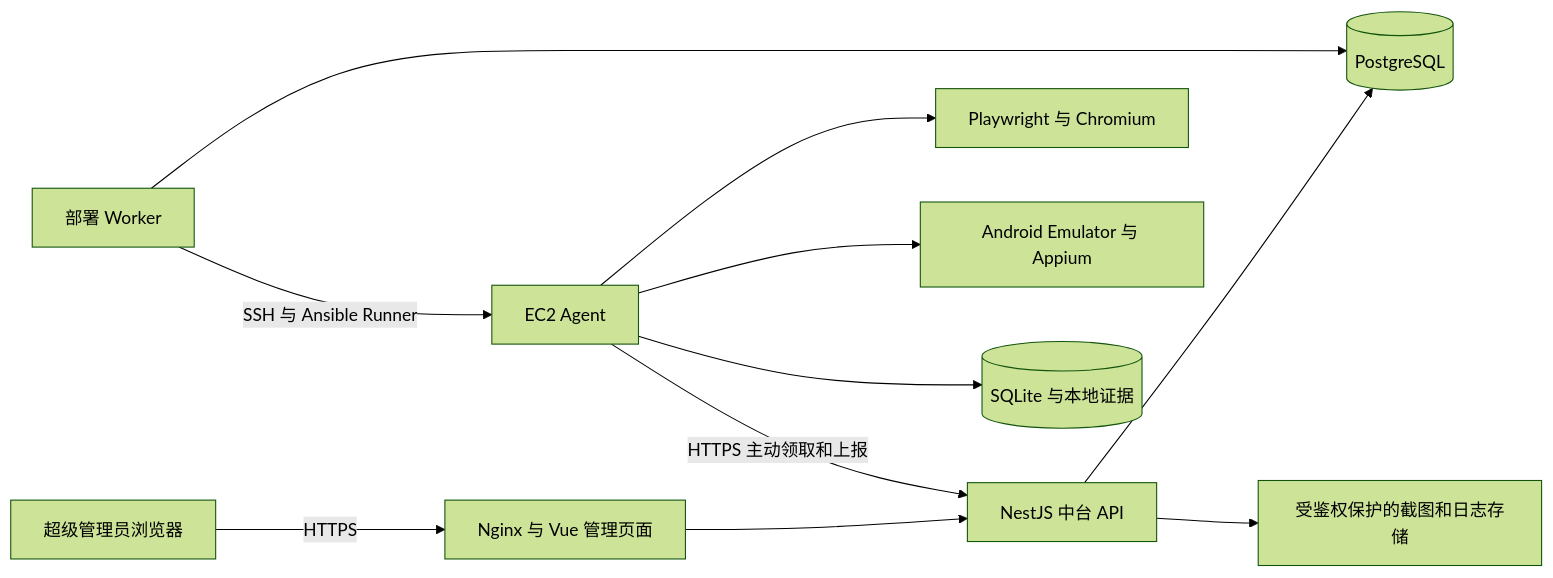
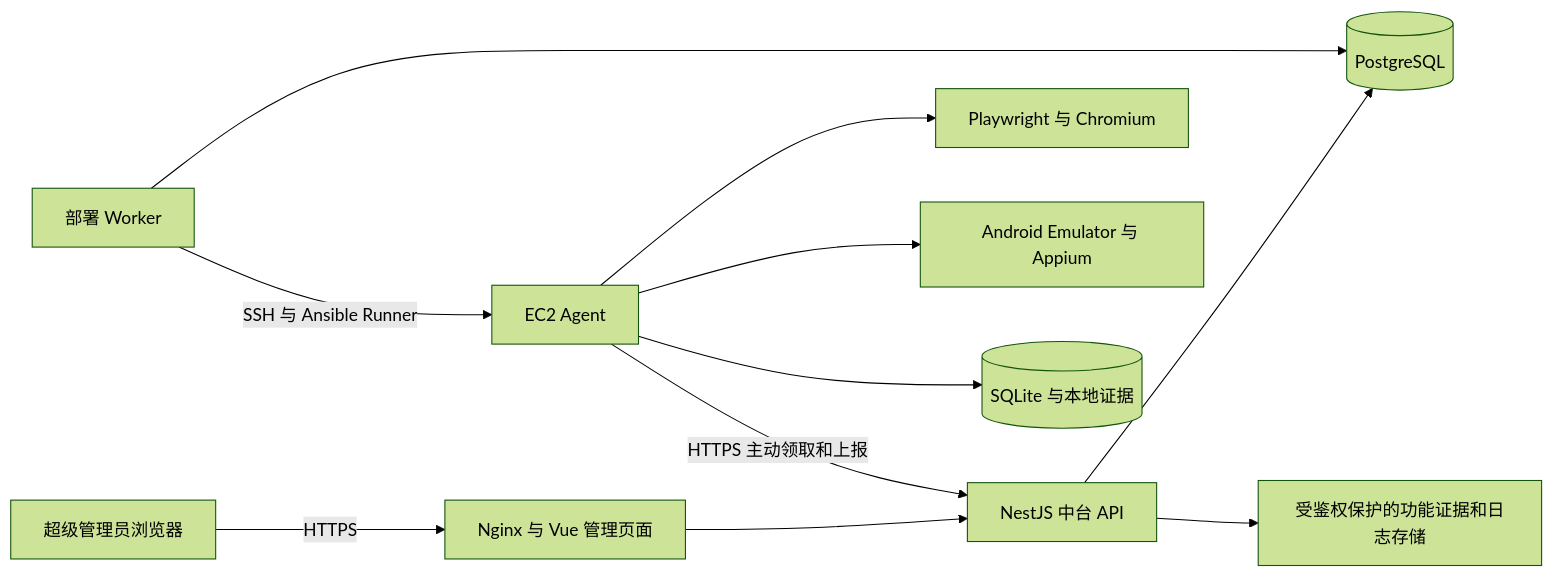
The diagram in docs/PLAN.md (xiaolubanchad-debug/ll), drawn with Mermaid (forest theme) before and after one commit. The commit also changed other lines of this file and 46 other files, not shown here.

````diff
--- a/docs/PLAN.md
+++ b/docs/PLAN.md
@@ -35,13 +37,13 @@
 ```mermaid
 flowchart LR
   A[超级管理员浏览器] -->|HTTPS| B[Nginx 与 Vue 管理页面]
   B --> C[NestJS 中台 API]
   C --> D[(PostgreSQL)]
   E[部署 Worker] --> D
   E -->|SSH 与 Ansible Runner| F[EC2 Agent]
   F -->|HTTPS 主动领取和上报| C
   F --> G[Playwright 与 Chromium]
   F --> H[Android Emulator 与 Appium]
   F --> I[(SQLite 与本地证据)]
-  C --> J[受鉴权保护的截图和日志存储]
+  C --> J[受鉴权保护的功能证据和日志存储]
 ```
````
